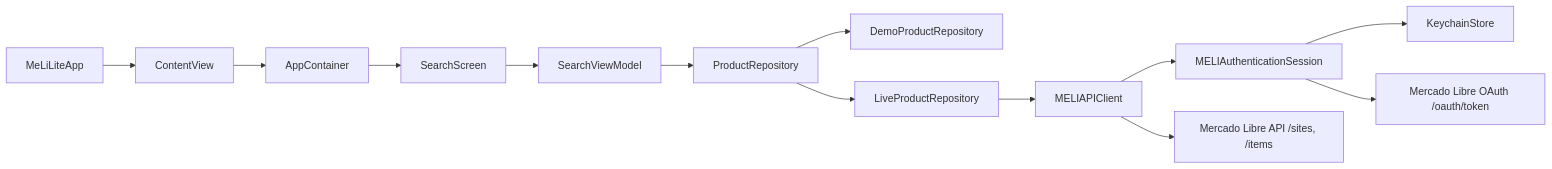
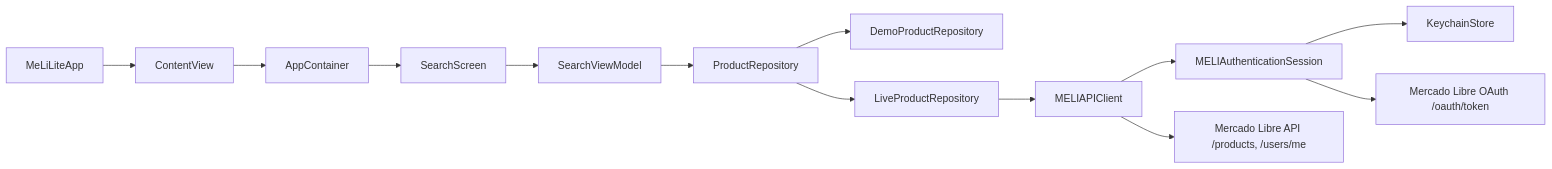
The first of 5 diagrams in README.md (jdocampom/MercadoLibre-Search), drawn with Mermaid before and after one commit. The commit also changed other lines of this file and 9 other files, not shown here.

````diff
--- a/README.md
+++ b/README.md
@@ -37,15 +37,15 @@
 ```mermaid
 flowchart LR
     A["MeLiLiteApp"] --> B["ContentView"]
     B --> C["AppContainer"]
     C --> D["SearchScreen"]
     D --> E["SearchViewModel"]
     E --> F["ProductRepository"]
     F --> G["DemoProductRepository"]
     F --> H["LiveProductRepository"]
     H --> I["MELIAPIClient"]
     I --> J["MELIAuthenticationSession"]
     J --> K["KeychainStore"]
     J --> L["Mercado Libre OAuth /oauth/token"]
-    I --> M["Mercado Libre API /sites, /items"]
+    I --> M["Mercado Libre API /products, /users/me"]
 ```
````
